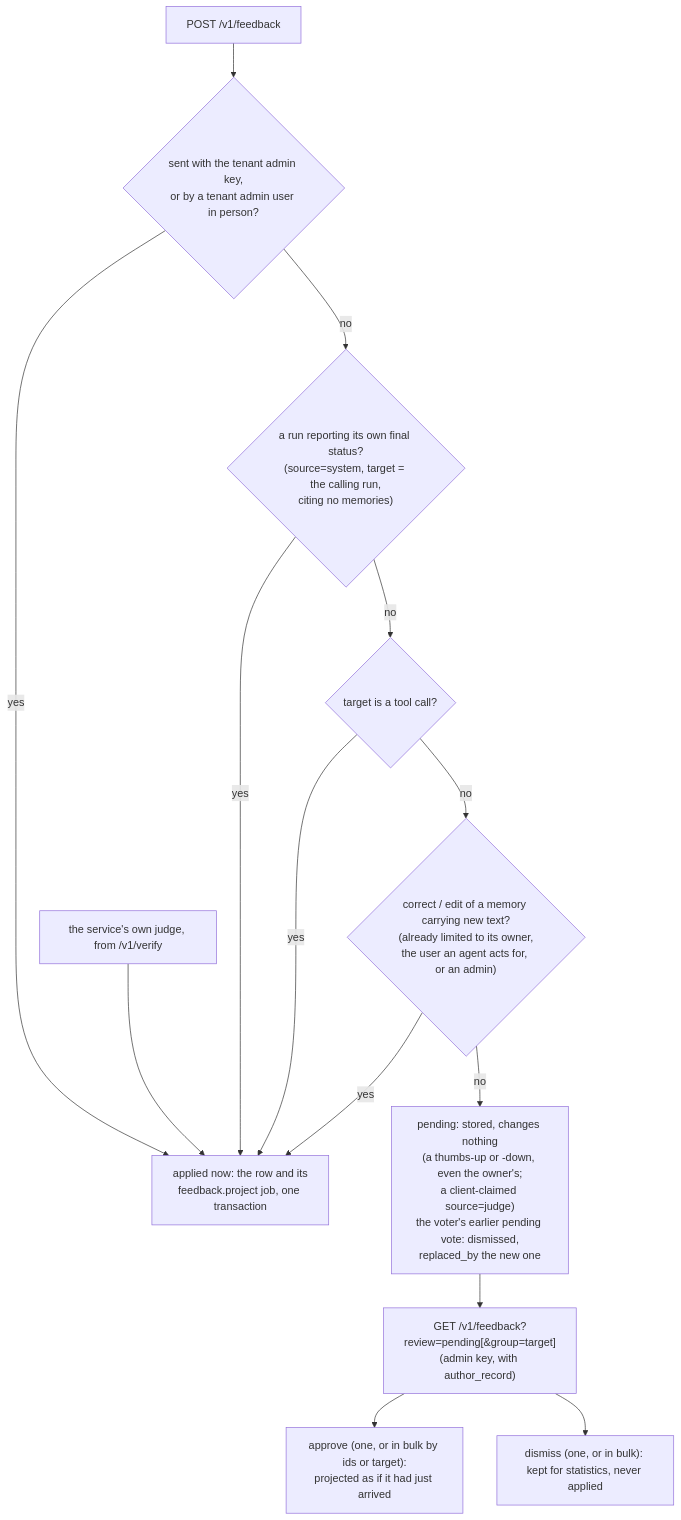
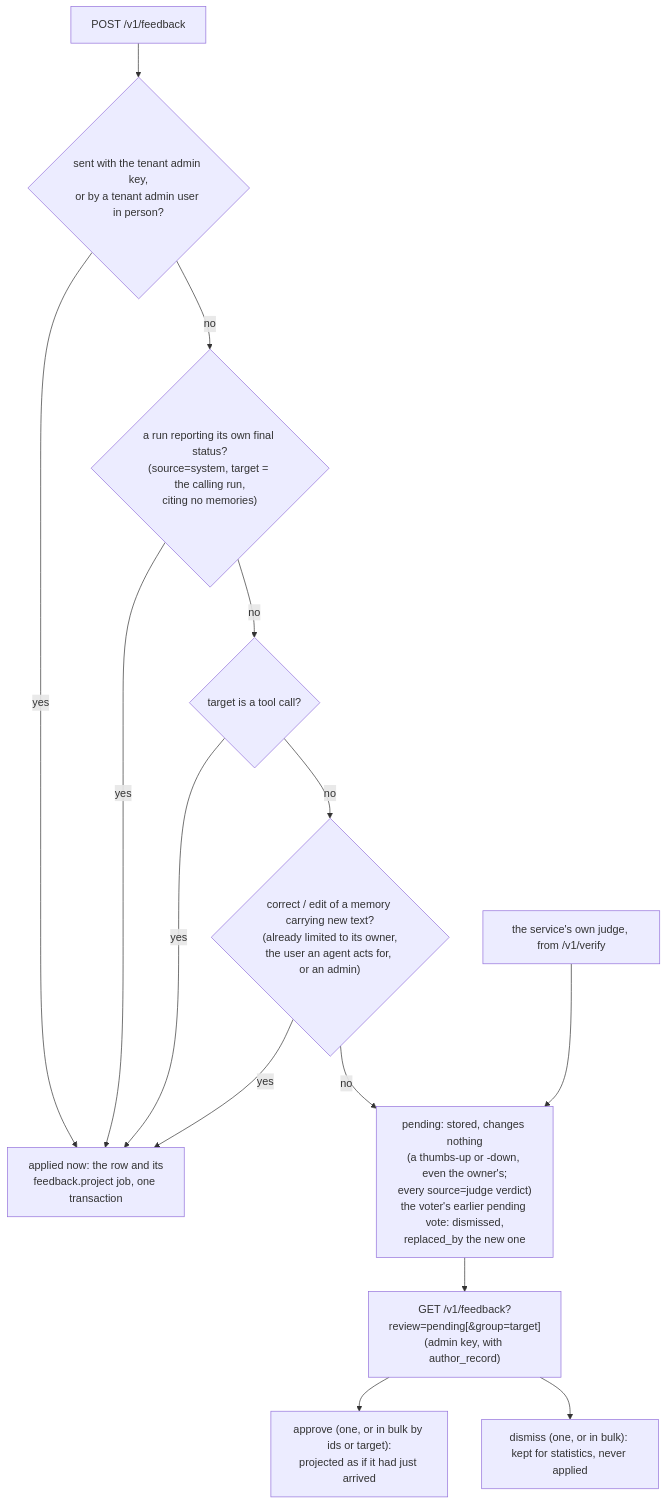
One commit to amitmohapatra/agent-memory-service changed the third of 3 diagrams in docs/guide/06-trust.md. Above: the diagram before and after it, drawn with Mermaid. The commit also changed other lines of this file and 14 other files, not shown here.

First line of the commit message:
fix(feedback): the grounding judge's verdict waits for review and never raises its own evidence

````diff
--- a/docs/guide/06-trust.md
+++ b/docs/guide/06-trust.md
@@ -170,16 +173,16 @@
 ```mermaid
 flowchart TB
   F[POST /v1/feedback] --> T{"sent with the tenant admin key,<br/>or by a tenant admin user in person?"}
   T -->|yes| APPLY["applied now: the row and its<br/>feedback.project job, one transaction"]
   T -->|no| S{"a run reporting its own final status?<br/>(source=system, target = the calling run,<br/>citing no memories)"}
   S -->|yes| APPLY
   S -->|no| TC{target is a tool call?}
   TC -->|yes| APPLY
   TC -->|no| OW{"correct / edit of a memory carrying new text?<br/>(already limited to its owner,<br/>the user an agent acts for, or an admin)"}
   OW -->|yes| APPLY
-  OW -->|no| PEND["pending: stored, changes nothing<br/>(a thumbs-up or -down, even the owner's;<br/>a client-claimed source=judge)<br/>the voter's earlier pending vote: dismissed,<br/>replaced_by the new one"]
+  OW -->|no| PEND["pending: stored, changes nothing<br/>(a thumbs-up or -down, even the owner's;<br/>every source=judge verdict)<br/>the voter's earlier pending vote: dismissed,<br/>replaced_by the new one"]
   PEND --> Q["GET /v1/feedback?review=pending[&group=target]<br/>(admin key, with author_record)"]
   Q --> AP["approve (one, or in bulk by ids or target):<br/>projected as if it had just arrived"]
   Q --> DI["dismiss (one, or in bulk): kept for statistics, never applied"]
-  J["the service's own judge, from /v1/verify"] --> APPLY
+  J["the service's own judge, from /v1/verify"] --> PEND
 ```
````
